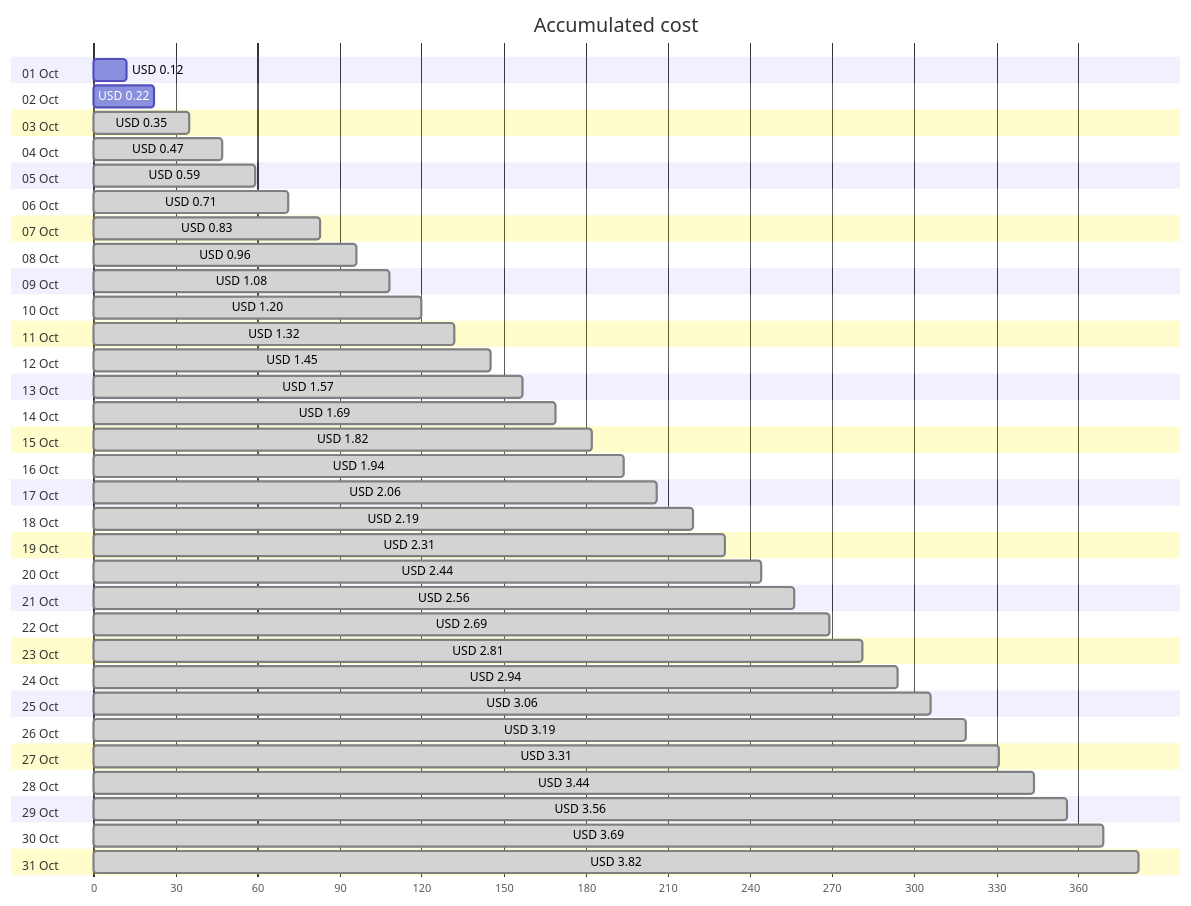
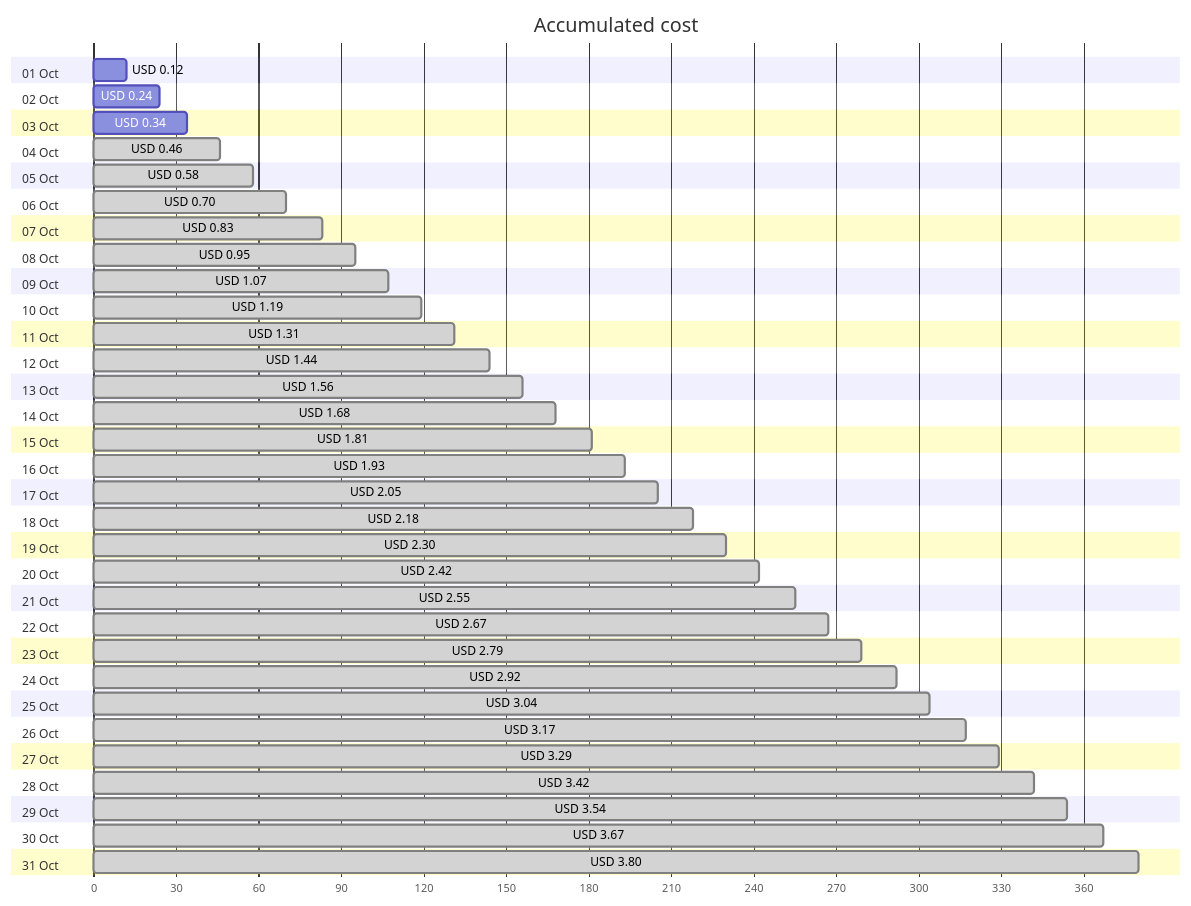
Before and after one commit to jpfulton/azure-personal-reports: the first of 4 diagrams in cost-reports/personal-network/vpn-server-public-ip.md, drawn with Mermaid. The commit also changed other lines of this file and 8 other files, not shown here.

````diff
--- a/cost-reports/personal-network/vpn-server-public-ip.md
+++ b/cost-reports/personal-network/vpn-server-public-ip.md
@@ -20,68 +20,68 @@
 ```mermaid
 gantt
    title Accumulated cost
    dateFormat  X
    axisFormat %s
    section 01 Oct
    USD 0.12 :0, 12
    section 02 Oct
-   USD 0.22 :0, 22
+   USD 0.24 :0, 24
    section 03 Oct
-   USD 0.35 : done, 0, 35
+   USD 0.34 :0, 34
    section 04 Oct
-   USD 0.47 : done, 0, 47
+   USD 0.46 : done, 0, 46
    section 05 Oct
-   USD 0.59 : done, 0, 59
+   USD 0.58 : done, 0, 58
    section 06 Oct
-   USD 0.71 : done, 0, 71
+   USD 0.70 : done, 0, 70
    section 07 Oct
    USD 0.83 : done, 0, 83
    section 08 Oct
-   USD 0.96 : done, 0, 96
+   USD 0.95 : done, 0, 95
    section 09 Oct
-   USD 1.08 : done, 0, 108
+   USD 1.07 : done, 0, 107
    section 10 Oct
-   USD 1.20 : done, 0, 120
+   USD 1.19 : done, 0, 119
    section 11 Oct
-   USD 1.32 : done, 0, 132
+   USD 1.31 : done, 0, 131
    section 12 Oct
-   USD 1.45 : done, 0, 145
+   USD 1.44 : done, 0, 144
    section 13 Oct
-   USD 1.57 : done, 0, 157
+   USD 1.56 : done, 0, 156
    section 14 Oct
-   USD 1.69 : done, 0, 169
+   USD 1.68 : done, 0, 168
    section 15 Oct
-   USD 1.82 : done, 0, 182
+   USD 1.81 : done, 0, 181
    section 16 Oct
-   USD 1.94 : done, 0, 194
+   USD 1.93 : done, 0, 193
    section 17 Oct
-   USD 2.06 : done, 0, 206
+   USD 2.05 : done, 0, 205
    section 18 Oct
-   USD 2.19 : done, 0, 219
+   USD 2.18 : done, 0, 218
    section 19 Oct
-   USD 2.31 : done, 0, 231
+   USD 2.30 : done, 0, 230
    section 20 Oct
-   USD 2.44 : done, 0, 244
+   USD 2.42 : done, 0, 242
    section 21 Oct
-   USD 2.56 : done, 0, 256
+   USD 2.55 : done, 0, 255
    section 22 Oct
-   USD 2.69 : done, 0, 269
+   USD 2.67 : done, 0, 267
    section 23 Oct
-   USD 2.81 : done, 0, 281
+   USD 2.79 : done, 0, 279
    section 24 Oct
-   USD 2.94 : done, 0, 294
+   USD 2.92 : done, 0, 292
    section 25 Oct
-   USD 3.06 : done, 0, 306
+   USD 3.04 : done, 0, 304
    section 26 Oct
-   USD 3.19 : done, 0, 319
+   USD 3.17 : done, 0, 317
    section 27 Oct
-   USD 3.31 : done, 0, 331
+   USD 3.29 : done, 0, 329
    section 28 Oct
-   USD 3.44 : done, 0, 344
+   USD 3.42 : done, 0, 342
    section 29 Oct
-   USD 3.56 : done, 0, 356
+   USD 3.54 : done, 0, 354
    section 30 Oct
-   USD 3.69 : done, 0, 369
+   USD 3.67 : done, 0, 367
    section 31 Oct
-   USD 3.82 : done, 0, 382
+   USD 3.80 : done, 0, 380
 ```
````
